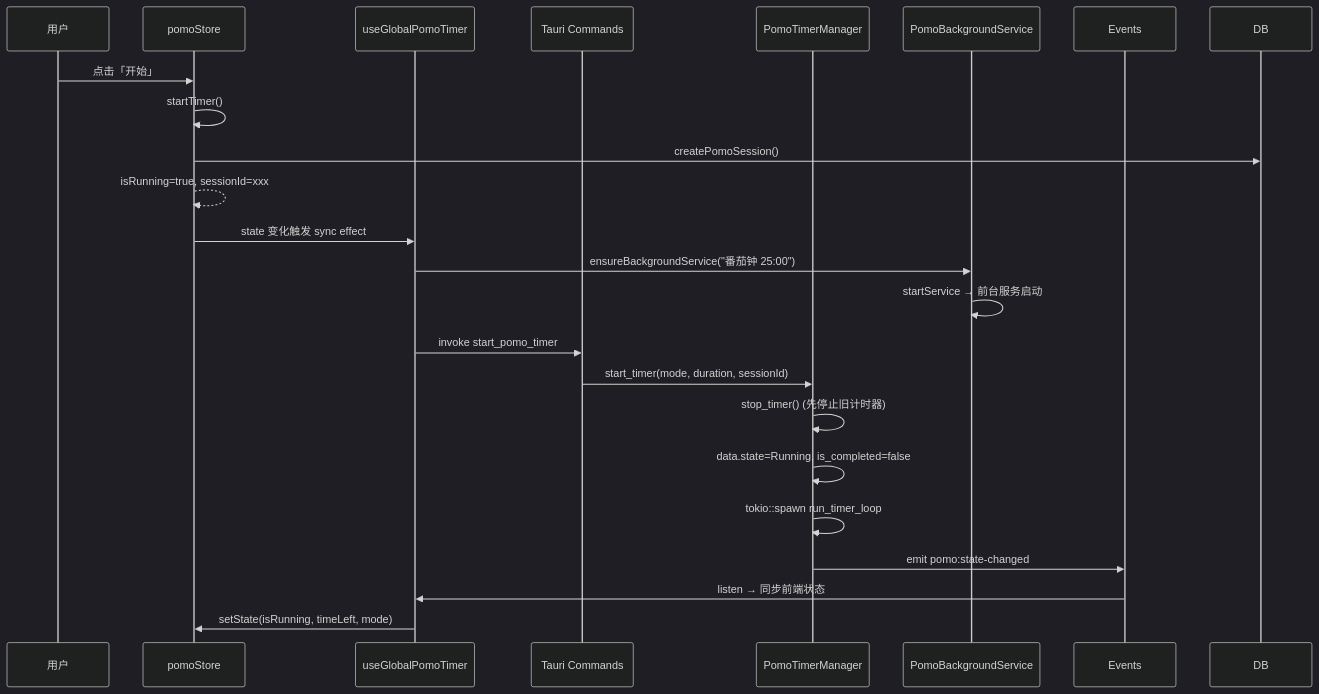
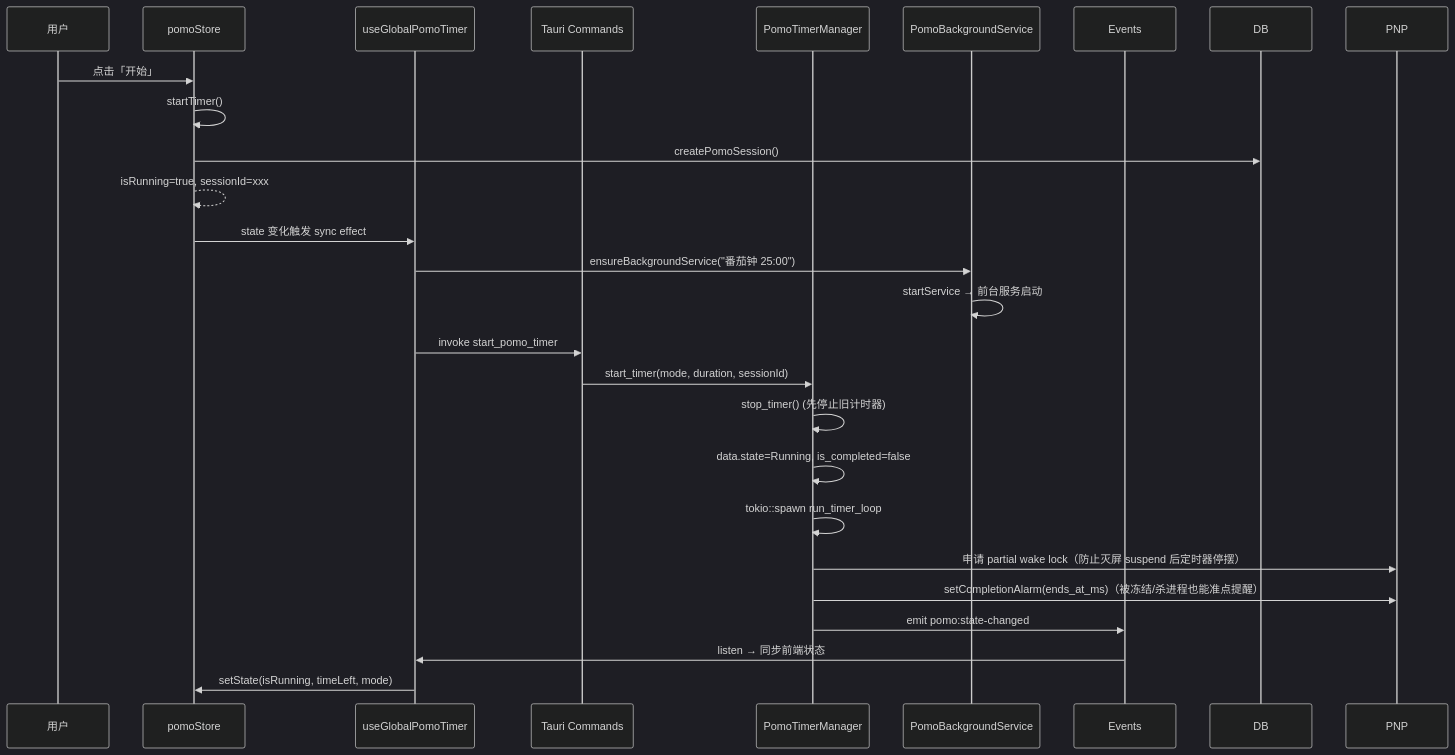
Before and after one commit to ruinb0wman/exp1: the second of 7 diagrams in src/docs/pomo.md, drawn with Mermaid (dark theme). The commit also changed other lines of this file and 15 other files, not shown here.

````diff
--- a/src/docs/pomo.md
+++ b/src/docs/pomo.md
@@ -48,26 +55,28 @@
 ```mermaid
 sequenceDiagram
     participant U as 用户
     participant PS as pomoStore
     participant UGPT as useGlobalPomoTimer
     participant CMD as Tauri Commands
     participant PTM as PomoTimerManager
     participant BS as PomoBackgroundService
     participant EVT as Events
 
     U->>PS: 点击「开始」
     PS->>PS: startTimer()
     PS->>DB: createPomoSession()
     PS-->>PS: isRunning=true, sessionId=xxx
     PS->>UGPT: state 变化触发 sync effect
     UGPT->>BS: ensureBackgroundService("番茄钟 25:00")
     BS->>BS: startService → 前台服务启动
     UGPT->>CMD: invoke start_pomo_timer
     CMD->>PTM: start_timer(mode, duration, sessionId)
     PTM->>PTM: stop_timer() (先停止旧计时器)
     PTM->>PTM: data.state=Running, is_completed=false
     PTM->>PTM: tokio::spawn run_timer_loop
+    PTM->>PNP: 申请 partial wake lock（防止灭屏 suspend 后定时器停摆）
+    PTM->>PNP: setCompletionAlarm(ends_at_ms)（被冻结/杀进程也能准点提醒）
     PTM->>EVT: emit pomo:state-changed
     EVT->>UGPT: listen → 同步前端状态
     UGPT->>PS: setState(isRunning, timeLeft, mode)
 ```
````
